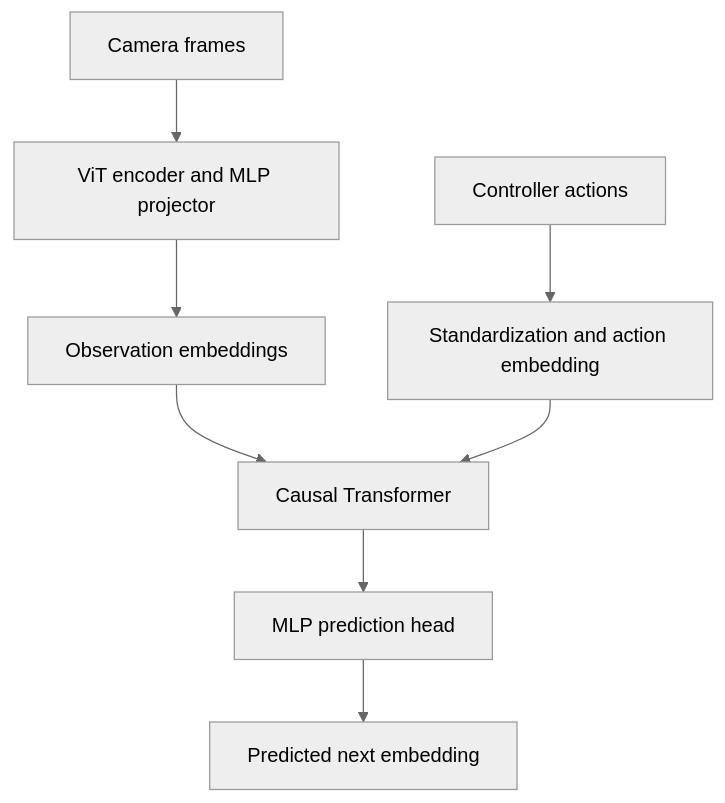
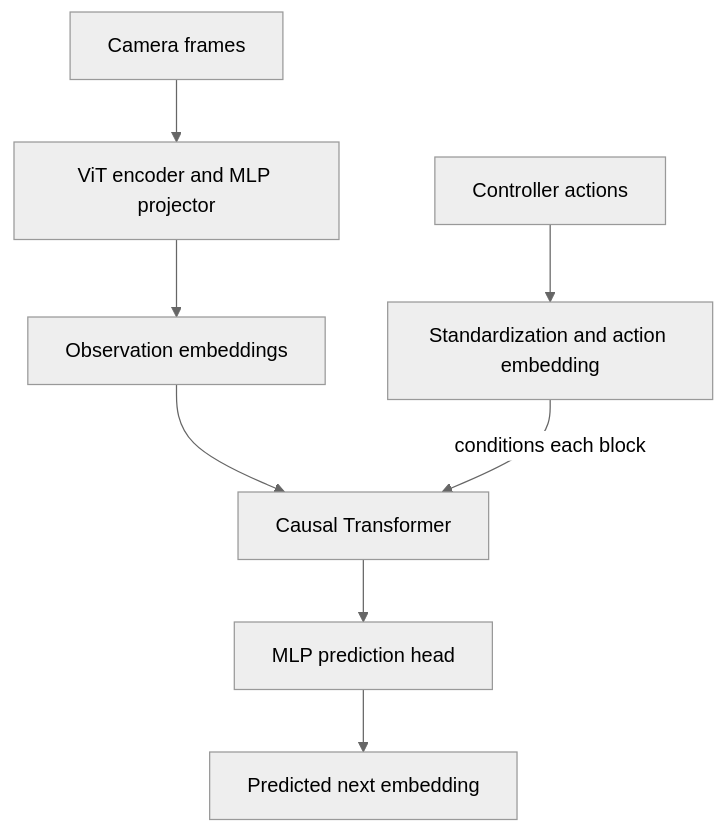
Before and after one commit to DexForce/EmbodiChain: the diagram in docs/source/resources/models/neural_dynamics/lewm.md, drawn with Mermaid (neutral theme). The commit also changed other lines of this file and 9 other files, not shown here.

````diff
--- a/docs/source/resources/models/neural_dynamics/lewm.md
+++ b/docs/source/resources/models/neural_dynamics/lewm.md
@@ -10,10 +15,11 @@
 ```mermaid
 flowchart TB
+    accTitle: LeWM action-conditioned latent prediction
     RGB["Camera frames"] --> ENC["ViT encoder and MLP projector"]
     ENC --> HIST["Observation embeddings"]
     ACT["Controller actions"] --> AENC["Standardization and action embedding"]
     HIST --> PRED["Causal Transformer"]
-    AENC --> PRED
+    AENC -->|conditions each block| PRED
     PRED --> HEAD["MLP prediction head"]
     HEAD --> NEXT["Predicted next embedding"]
 ```
````
